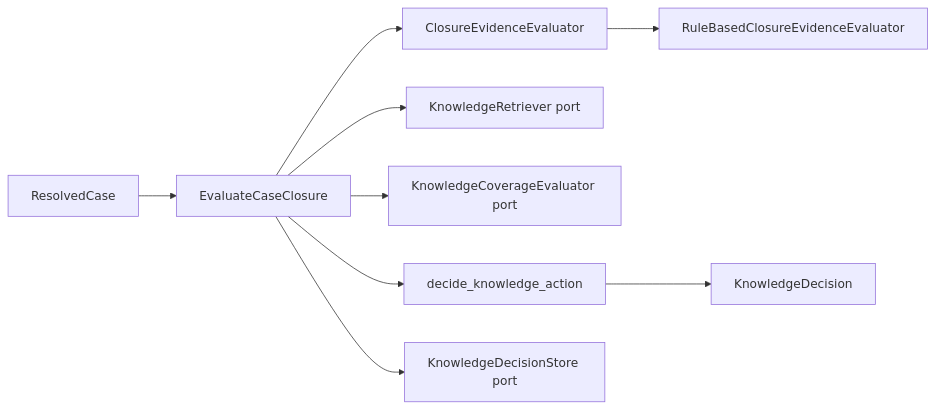
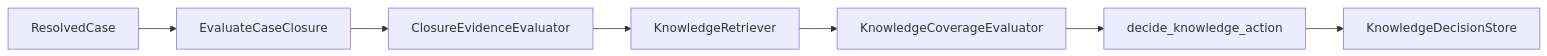
The second of 2 diagrams in docs/architecture/CODEBASE_MAP.md (kumarchandansingh/tropos), drawn with Mermaid before and after one commit. The commit also changed other lines of this file and 13 other files, not shown here.

````diff
--- a/docs/architecture/CODEBASE_MAP.md
+++ b/docs/architecture/CODEBASE_MAP.md
@@ -84,12 +79,10 @@
 ```mermaid
 flowchart LR
     Case[ResolvedCase]
-    --> Use[EvaluateCaseClosure]
-    Use --> Evidence[ClosureEvidenceEvaluator]
-    Evidence --> Rule[RuleBasedClosureEvidenceEvaluator]
-    Use --> Retrieve[KnowledgeRetriever port]
-    Use --> Coverage[KnowledgeCoverageEvaluator port]
-    Use --> Policy[decide_knowledge_action]
-    Policy --> Decision[KnowledgeDecision]
-    Use --> Store[KnowledgeDecisionStore port]
+    --> UseCase[EvaluateCaseClosure]
+    --> Evidence[ClosureEvidenceEvaluator]
+    --> Retrieve[KnowledgeRetriever]
+    --> Coverage[KnowledgeCoverageEvaluator]
+    --> Policy[decide_knowledge_action]
+    --> Store[KnowledgeDecisionStore]
 ```
````
